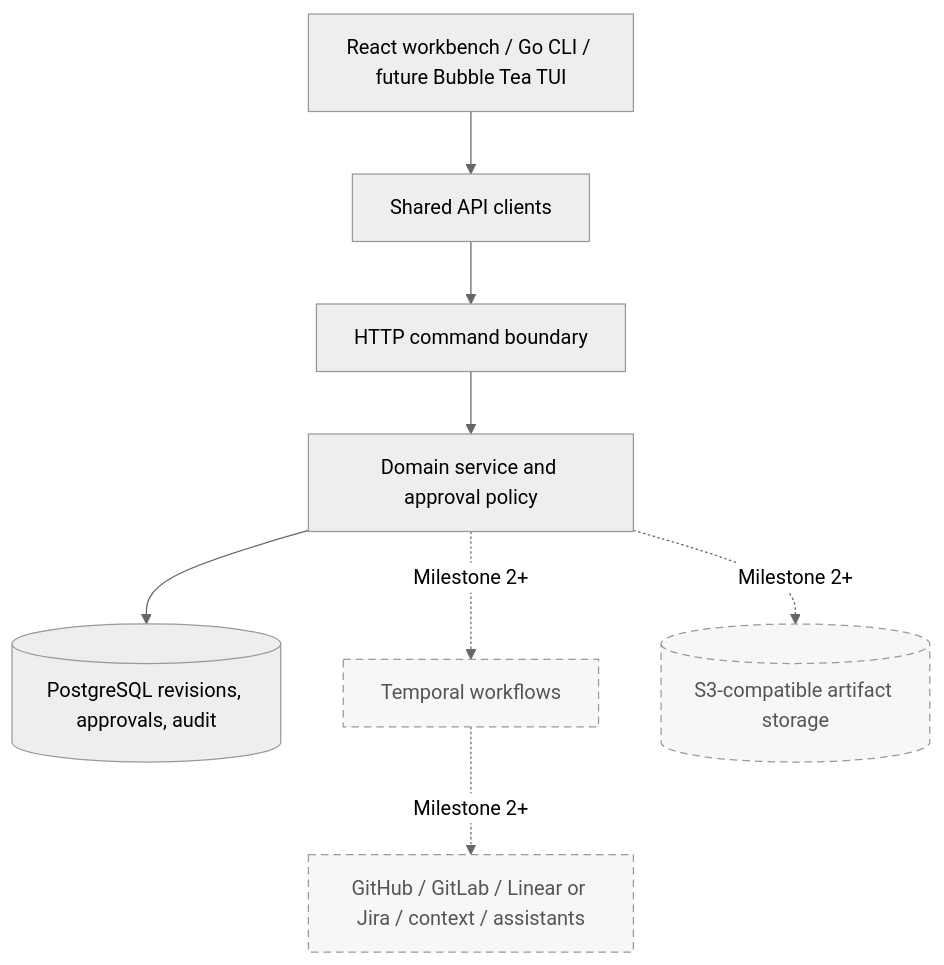
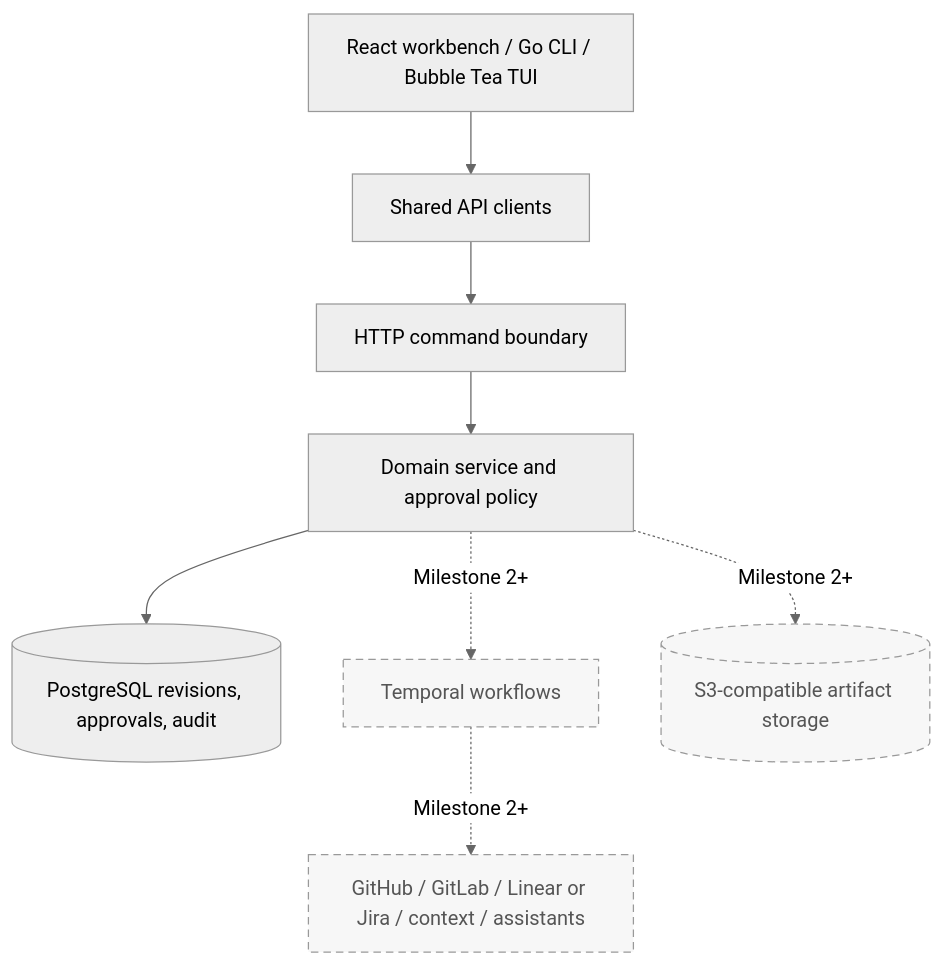
The second of 4 diagrams in docs/architecture/system.md (phenixrizen/conductor), drawn with Mermaid (neutral theme) before and after one commit. The commit also changed other lines of this file and 8 other files, not shown here.

````diff
--- a/docs/architecture/system.md
+++ b/docs/architecture/system.md
@@ -75,19 +76,19 @@
 ```mermaid
 flowchart TB
-    UI[React workbench / Go CLI / future Bubble Tea TUI]
+    UI[React workbench / Go CLI / Bubble Tea TUI]
     Client[Shared API clients]
     HTTP[HTTP command boundary]
     Domain[Domain service and approval policy]
     Store[(PostgreSQL revisions, approvals, audit)]
     Temporal[Temporal workflows]
     Artifacts[(S3-compatible artifact storage)]
     Integrations[GitHub / GitLab / Linear or Jira / context / assistants]
 
     UI --> Client --> HTTP --> Domain --> Store
     Domain -. Milestone 2+ .-> Temporal
     Domain -. Milestone 2+ .-> Artifacts
     Temporal -. Milestone 2+ .-> Integrations
 
     classDef planned stroke-dasharray: 6 4,fill:#f7f7f7,color:#555;
     class Temporal,Artifacts,Integrations planned;
 ```
````
